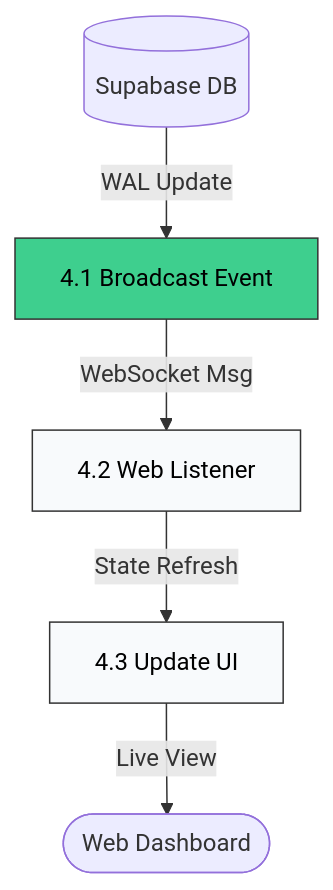
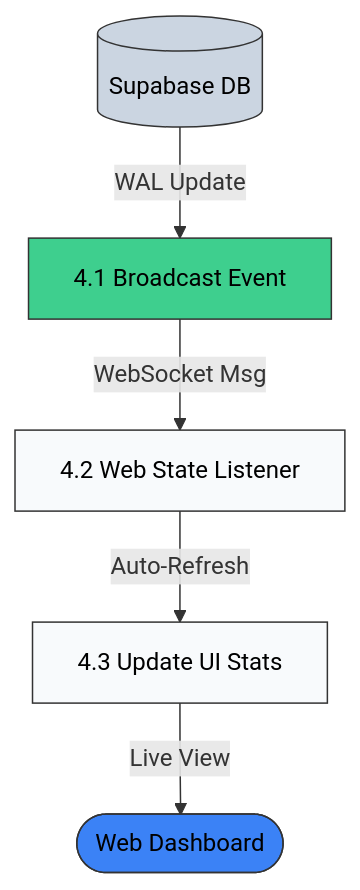
Before and after one commit to whayneGrageda/VR_Nationalian: the sixth of 6 diagrams in README.md, drawn with Mermaid. The commit also changed other lines of this file, not shown here.

````diff
--- a/README.md
+++ b/README.md
@@ -243,10 +279,14 @@
 ```mermaid
 graph TD
-    D2[(Supabase DB)] -- "WAL Update" --> P4_1[4.1 Broadcast Event]
-    P4_1 -- "WebSocket Msg" --> P4_2[4.2 Web Listener]
-    P4_2 -- "State Refresh" --> P4_3[4.3 Update UI]
+    DB[(Supabase DB)] -- "WAL Update" --> P4_1[4.1 Broadcast Event]
+    P4_1 -- "WebSocket Msg" --> P4_2[4.2 Web State Listener]
+    P4_2 -- "Auto-Refresh" --> P4_3[4.3 Update UI Stats]
     P4_3 -- "Live View" --> Web([Web Dashboard])
+
+    %% Styling for Black Text
     style P4_1 fill:#3ecf8e,stroke:#333,color:#000
     style P4_2 fill:#f8fafc,stroke:#333,color:#000
     style P4_3 fill:#f8fafc,stroke:#333,color:#000
+    style Web fill:#3b82f6,stroke:#333,color:#000
+    style DB fill:#cbd5e1,stroke:#333,color:#000
 ```
````
